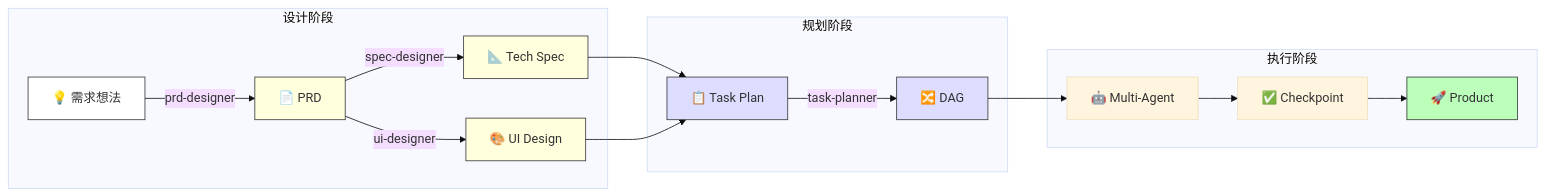
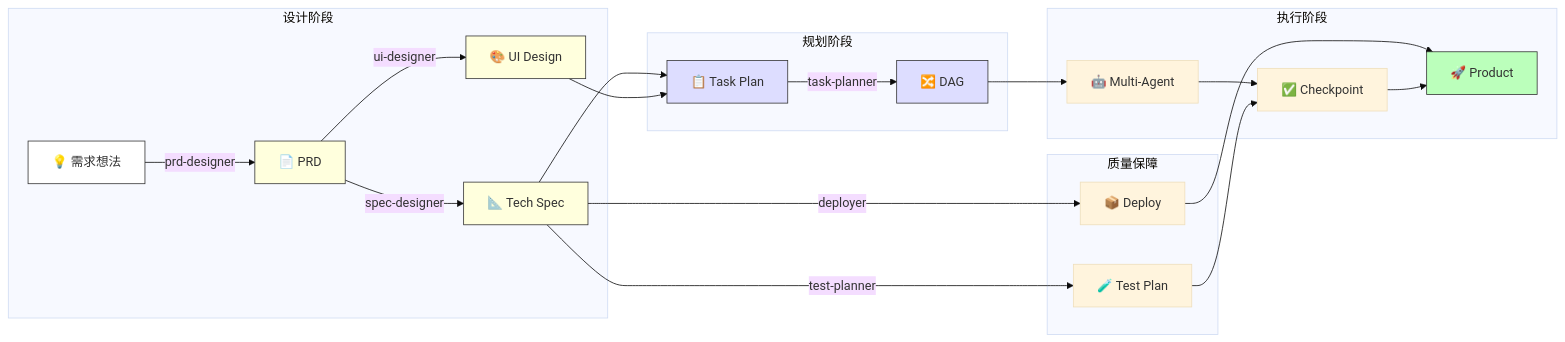
The first of 5 diagrams in README.md (Coldplay-now/sddproskills), drawn with Mermaid (base theme) before and after one commit. The commit also changed other lines of this file and 2 other files, not shown here.

````diff
--- a/README.md
+++ b/README.md
@@ -16,38 +16,47 @@
 ```mermaid
 flowchart LR
     subgraph 设计阶段
         A[💡 需求想法]
         B[📄 PRD]
         C[📐 Tech Spec]
         D[🎨 UI Design]
     end
     
     subgraph 规划阶段
         E[📋 Task Plan]
         F[🔀 DAG]
+    end
+    
+    subgraph 质量保障
+        T[🧪 Test Plan]
+        DP[📦 Deploy]
     end
     
     subgraph 执行阶段
         G[🤖 Multi-Agent]
         H[✅ Checkpoint]
         I[🚀 Product]
     end
     
     A -->|prd-designer| B
     B -->|spec-designer| C
     B -->|ui-designer| D
     C --> E
     D --> E
     E -->|task-planner| F
     F --> G
     G --> H
+    C -->|test-planner| T
+    C -->|deployer| DP
+    T --> H
+    DP --> I
     H --> I
     
     style A fill:#fff,stroke:#333
     style B fill:#ffd,stroke:#333
     style C fill:#ffd,stroke:#333
     style D fill:#ffd,stroke:#333
     style E fill:#ddf,stroke:#333
     style F fill:#ddf,stroke:#333
     style I fill:#bfb,stroke:#333
 ```
````
